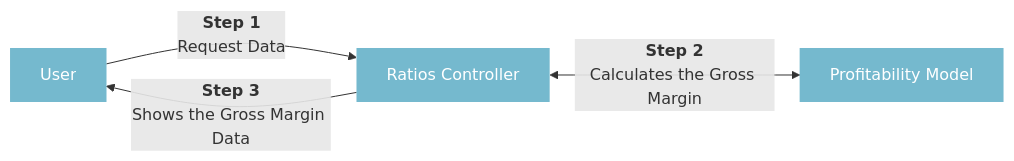
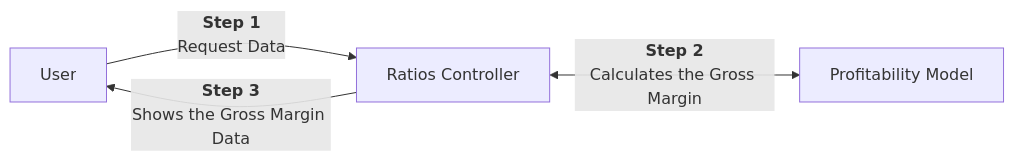
The sixth of 9 diagrams in _pages/coding/structuring-your-model.md (JerBouma/jerbouma.github.io), drawn with Mermaid before and after one commit. The commit also changed other lines of this file and 90 other files, not shown here.

```diff
--- a/_pages/coding/structuring-your-model.md
+++ b/_pages/coding/structuring-your-model.md
@@ -153,8 +135,7 @@
 <div class="mermaid">
 flowchart LR;
-classDef boxfont fill:#3b9cba,stroke-width:0px,fill-opacity:0.7,color:white,radius:20px;
 
-Step0["User"]:::boxfont -- <b>Step 1<br></b>Request Data -->  Step3["Ratios Controller"]:::boxfont
-Step3["Ratios Controller"]:::boxfont <-- <b>Step 2<br></b>Calculates the Gross Margin --> Step2["Profitability Model"]:::boxfont
-Step3["Ratios Controller"]:::boxfont -- <b>Step 3<br></b>Shows the Gross Margin Data --> Step0["User"]:::boxfont
+Step0["User"] -- <b>Step 1<br></b>Request Data -->  Step3["Ratios Controller"]
+Step3["Ratios Controller"] <-- <b>Step 2<br></b>Calculates the Gross Margin --> Step2["Profitability Model"]
+Step3["Ratios Controller"] -- <b>Step 3<br></b>Shows the Gross Margin Data --> Step0["User"]
 </div>
```
